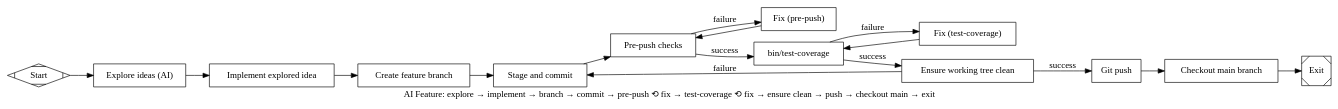
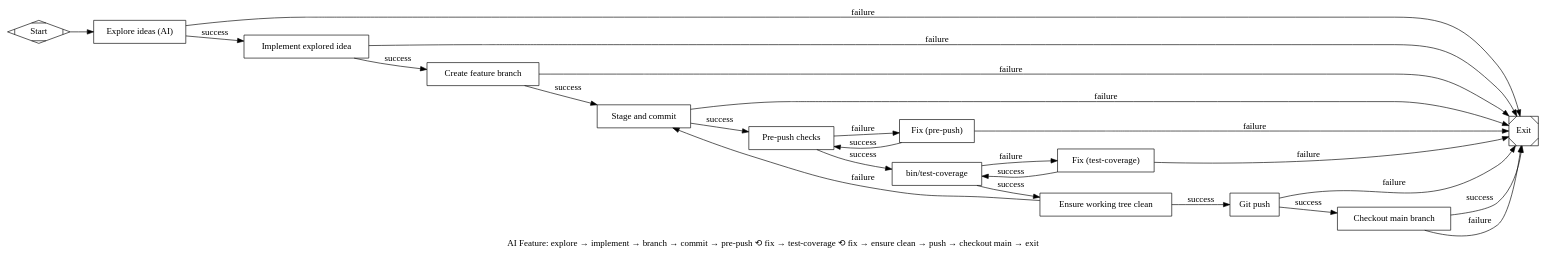
Before and after one commit to Industrial/streamweave-attractor: the diagram in examples/workflows/ai-feature.dot, drawn with Graphviz. The commit also changed 5 other files, not shown here.

First line of the commit message:
feat: enhance workflow diagrams with outcome-based conditions

```diff
--- a/examples/workflows/ai-feature.dot
+++ b/examples/workflows/ai-feature.dot
@@ -1,101 +1,109 @@
 digraph AIFeature {
   graph [
     goal="AI-driven feature workflow: explore ideas, implement the idea, create branch, commit, pre-push, test coverage; fix-and-retry until complete; ensure clean then push and checkout main",
     label="AI Feature: explore → implement → branch → commit → pre-push ⟲ fix → test-coverage ⟲ fix → ensure clean → push → checkout main → exit"
   ]
   rankdir=LR
 
   start [shape=Mdiamond, label="Start"]
   exit [shape=Msquare, label="Exit"]
 
   explore_ideas [
     shape=box,
     type=codergen,
     label="Explore ideas (AI)",
     prompt="Explore new ideas for the project. Suggest a concrete feature to implement, outline implementation steps, and propose a feature branch name (e.g. feature/add-X). Output your plan. The pipeline will then implement the idea, create the branch, and commit."
   ]
 
   implement_idea [
     shape=box,
     type=codergen,
     label="Implement explored idea",
     prompt="Implement the feature or plan from the previous exploration step. Follow the outline and steps that were proposed. Make the code changes; add or update tests as needed. Do not create the branch or commit yet—the pipeline will do that next. Exit 0 when implementation is done."
   ]
 
   create_branch [
     shape=box,
     type=exec,
     label="Create feature branch",
     command="git rev-parse --git-dir >/dev/null 2>&1 && git checkout -b \"feature/ai-explore-$(date +%s)\" 2>/dev/null || git checkout -b feature/ai-explore"
   ]
 
   commit [
     shape=box,
     type=exec,
     label="Stage and commit",
     command="git add -A && (git diff --cached --quiet && true || git commit -m \"WIP: AI feature exploration\")"
   ]
 
   pre_push [
     shape=box,
     type=exec,
     label="Pre-push checks",
     command="devenv shell -- sh -c 'bin/format && bin/lint && bin/check'"
   ]
 
   fix_pre_push [
     shape=box,
     label="Fix (pre-push)",
     prompt="Pre-push failed (format, lint, or check). From the output, identify failures. Create small bd tasks: devenv shell -- bd create \"...\" -t task -p 1 --json. Act as beads-worker: bd ready, claim one task, fix it, bd close, commit. Exit 0; pipeline returns to pre-push."
   ]
 
   test_coverage [
     shape=box,
     type=exec,
     label="bin/test-coverage",
     command="devenv shell -- bin/test-coverage"
   ]
 
   fix_test_coverage [
     shape=box,
     label="Fix (test-coverage)",
     prompt="bin/test-coverage failed. From the output, identify coverage or test failures. Create small bd tasks: devenv shell -- bd create \"...\" -t task -p 1 --json. Act as beads-worker: bd ready, claim one task, fix it, bd close, commit. Exit 0; pipeline returns to bin/test-coverage."
   ]
 
   ensure_clean [
     shape=box,
     type=exec,
     label="Ensure working tree clean",
     command="git status --porcelain | grep -q . && exit 1 || exit 0"
   ]
 
   git_push [
     shape=box,
     type=exec,
     label="Git push",
     command="git push"
   ]
 
   checkout_main [
     shape=box,
     type=exec,
     label="Checkout main branch",
     command="git checkout main"
   ]
 
   start -> explore_ideas
-  explore_ideas -> implement_idea
-  implement_idea -> create_branch
-  create_branch -> commit
-  commit -> pre_push
+  explore_ideas -> implement_idea [label="success", condition="outcome=success"]
+  explore_ideas -> exit [label="failure", condition="outcome=fail"]
+  implement_idea -> create_branch [label="success", condition="outcome=success"]
+  implement_idea -> exit [label="failure", condition="outcome=fail"]
+  create_branch -> commit [label="success", condition="outcome=success"]
+  create_branch -> exit [label="failure", condition="outcome=fail"]
+  commit -> pre_push [label="success", condition="outcome=success"]
+  commit -> exit [label="failure", condition="outcome=fail"]
   pre_push -> test_coverage [label="success", condition="outcome=success"]
   pre_push -> fix_pre_push [label="failure", condition="outcome=fail"]
-  fix_pre_push -> pre_push
+  fix_pre_push -> pre_push [label="success", condition="outcome=success"]
+  fix_pre_push -> exit [label="failure", condition="outcome=fail"]
   test_coverage -> ensure_clean [label="success", condition="outcome=success"]
   test_coverage -> fix_test_coverage [label="failure", condition="outcome=fail"]
-  fix_test_coverage -> test_coverage
+  fix_test_coverage -> test_coverage [label="success", condition="outcome=success"]
+  fix_test_coverage -> exit [label="failure", condition="outcome=fail"]
   ensure_clean -> git_push [label="success", condition="outcome=success"]
   ensure_clean -> commit [label="failure", condition="outcome=fail"]
-  git_push -> checkout_main
-  checkout_main -> exit
+  git_push -> checkout_main [label="success", condition="outcome=success"]
+  git_push -> exit [label="failure", condition="outcome=fail"]
+  checkout_main -> exit [label="success", condition="outcome=success"]
+  checkout_main -> exit [label="failure", condition="outcome=fail"]
 }
```
